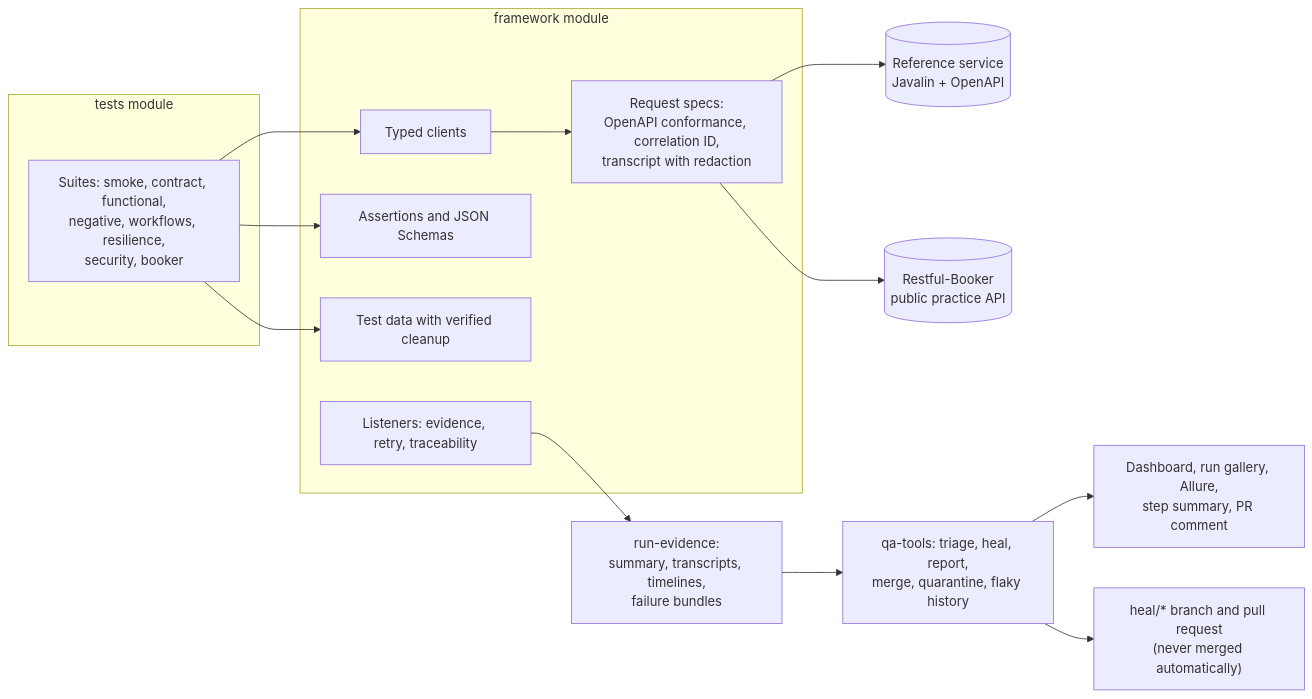
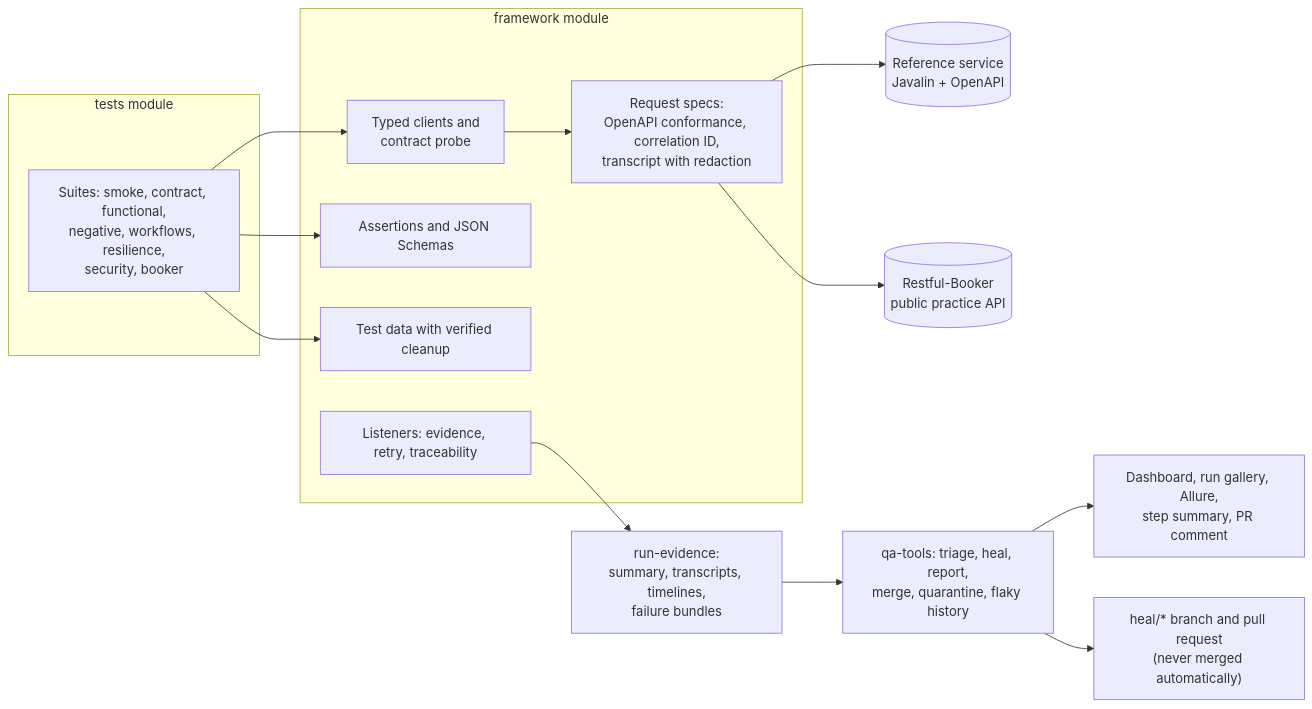
The diagram in README.md (kesireddy-kishore-29/restassured-testng-api-Dotstrap-Automation), drawn with Mermaid before and after one commit. The commit also changed other lines of this file and 5 other files, not shown here.

````diff
--- a/README.md
+++ b/README.md
@@ -44,27 +153,27 @@
 ```mermaid
 flowchart LR
   subgraph tests["tests module"]
     S["Suites: smoke, contract, functional,<br/>negative, workflows, resilience,<br/>security, booker"]
   end
   subgraph framework["framework module"]
-    C["Typed clients"]
+    C["Typed clients and<br/>contract probe"]
     RS["Request specs:<br/>OpenAPI conformance, correlation ID,<br/>transcript with redaction"]
     A["Assertions and JSON Schemas"]
     D["Test data with verified cleanup"]
     L["Listeners: evidence, retry, traceability"]
   end
   SUT[("Reference service<br/>Javalin + OpenAPI")]
   RB[("Restful-Booker<br/>public practice API")]
   E["run-evidence:<br/>summary, transcripts, timelines,<br/>failure bundles"]
   T["qa-tools: triage, heal, report,<br/>merge, quarantine, flaky history"]
   R["Dashboard, run gallery, Allure,<br/>step summary, PR comment"]
   H["heal/* branch and pull request<br/>(never merged automatically)"]
   S --> C --> RS
   S --> A
   S --> D
   RS --> SUT
   RS --> RB
   L --> E --> T
   T --> R
   T --> H
 ```
````
